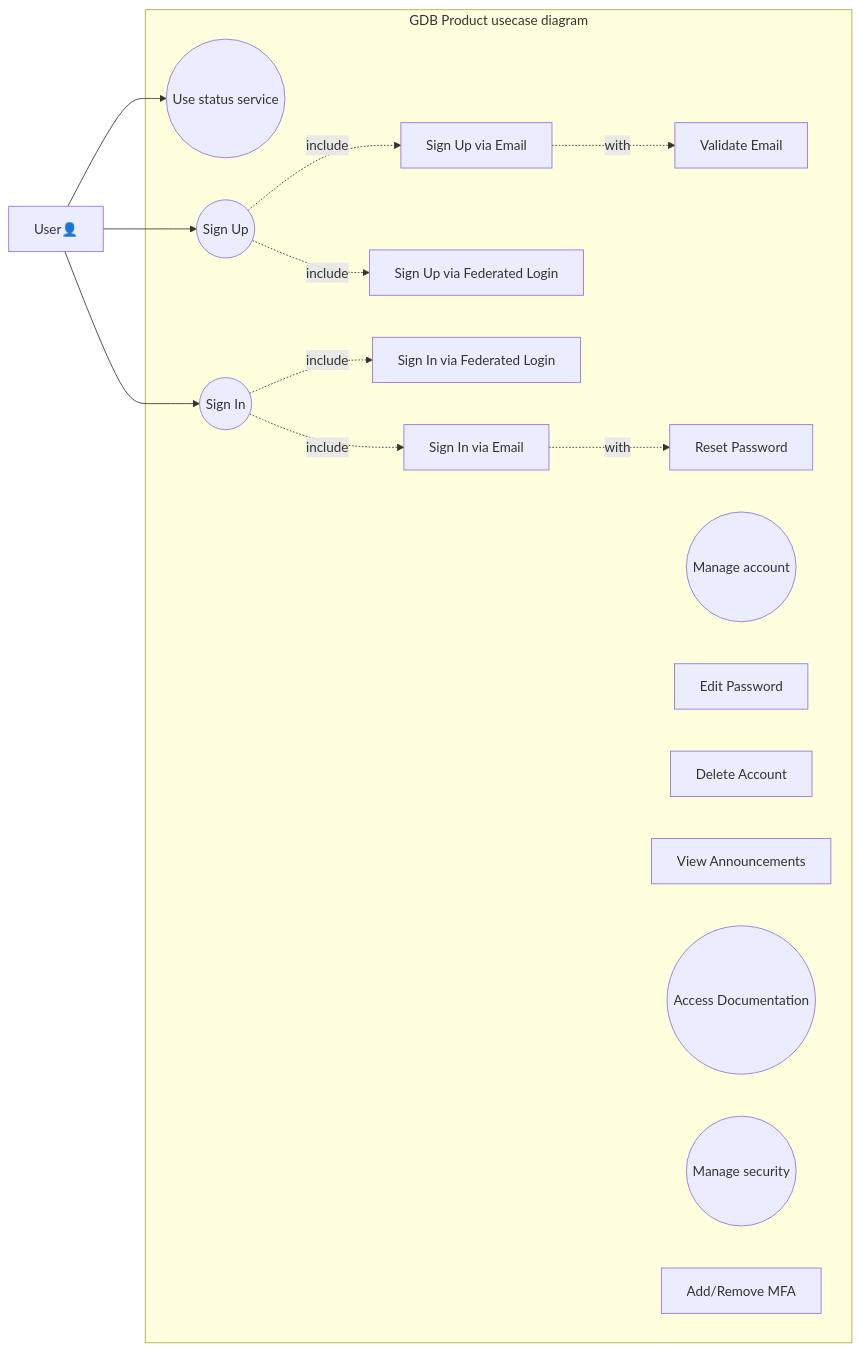
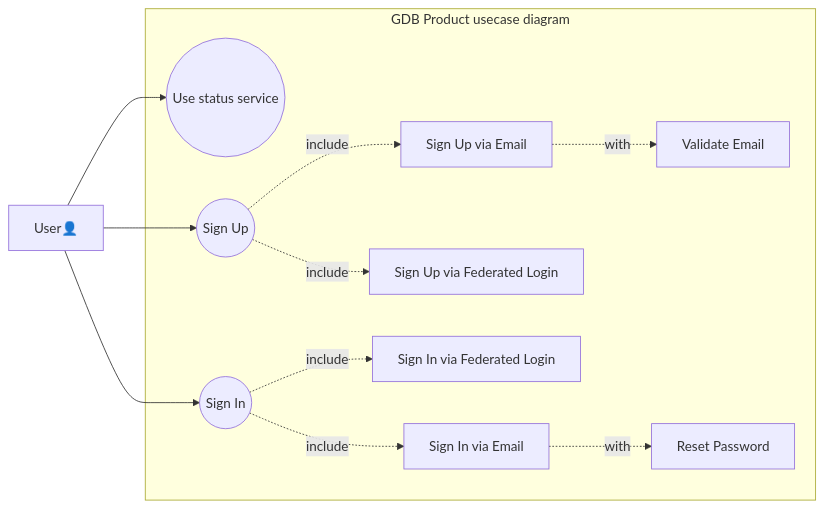
Before and after one commit to reqvire-org/reqvire: the diagram in doc/Usecases.md, drawn with Mermaid.

Commit message:
Usecase diagram bug fixes.

````diff
--- a/doc/Usecases.md
+++ b/doc/Usecases.md
@@ -28,46 +28,32 @@
 ```mermaid
 flowchart LR
     subgraph "GDB Product usecase diagram"
         status((Use status service))
         signup((Sign Up))
         signin((Sign In))
 
         emailSignup[Sign Up via Email]
         validateEmail[Validate Email]
         federatedLogin[Sign Up via Federated Login]
         federatedLoginSignIn[Sign In via Federated Login]
         emailLogin[Sign In via Email]
         PasswordReset[Reset Password]
 
-        manageAccount((Manage account))
-        
-        editPassword[Edit Password]
-        deleteAccount[Delete Account]
-                
-        viewAnnouncements[View Announcements]
-        
-        accessDocumentation((Access Documentation))
-        
-        manageAccountSecurity((Manage security))         
-        manageMFA[Add/Remove MFA]
          
     end
 
 
                 
     user[User👤]
 
     %% Relationships for Sign Up and Sign In
     user --> status
     user --> signup
     user --> signin
     signup -. include .-> emailSignup
     emailSignup -. with .-> validateEmail
     signup -. include .-> federatedLogin
     signin -. include .-> federatedLoginSignIn
     signin -. include .-> emailLogin
     emailLogin -. with .-> PasswordReset
-
-
-
 ```
````
